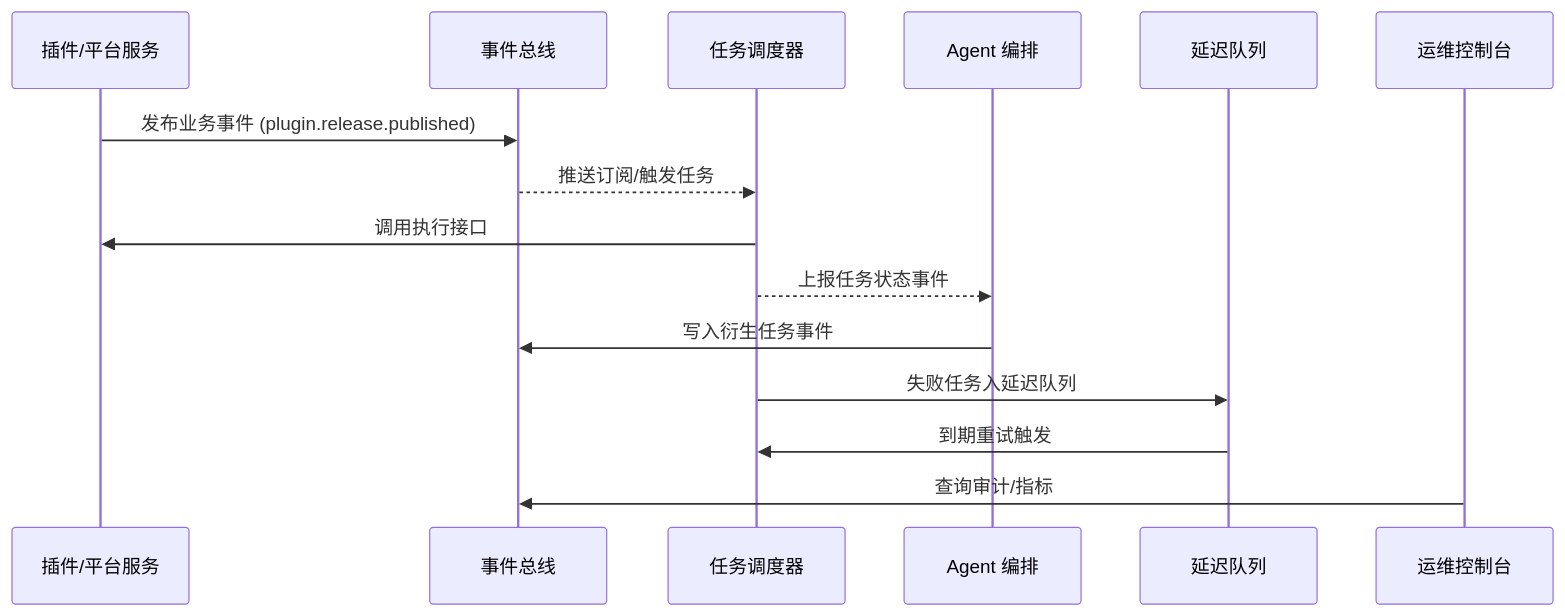
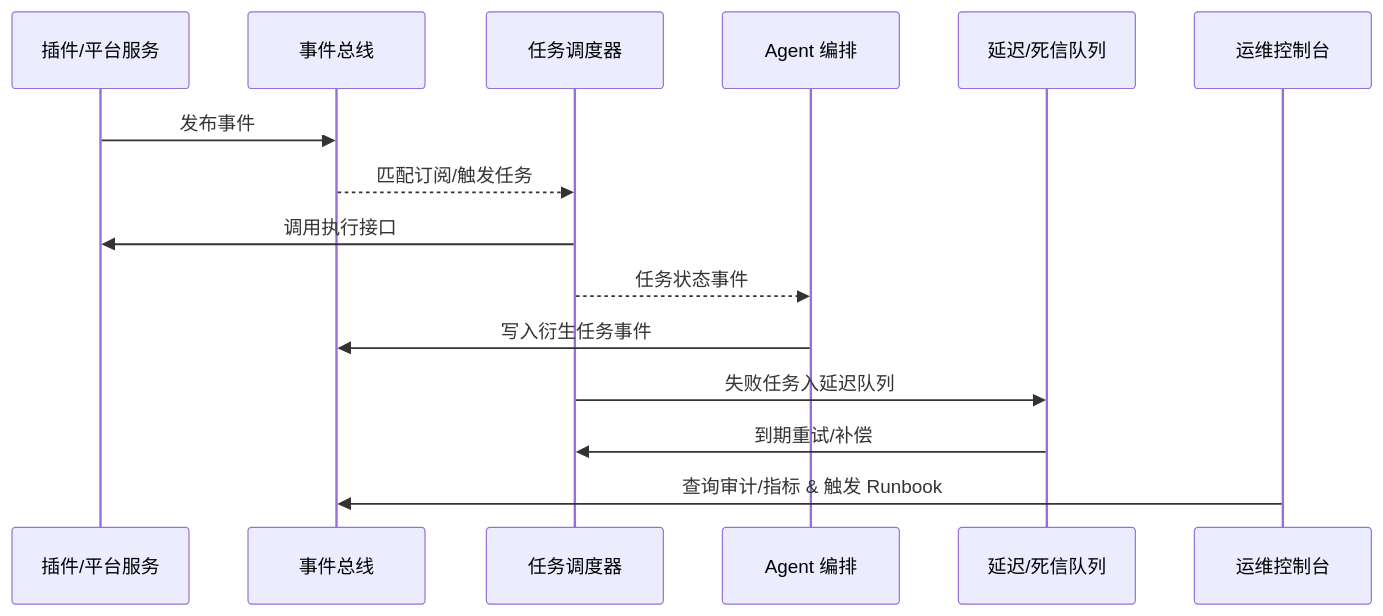
Before and after one commit to ArtisanCloud/PowerX: the diagram in docs/use_cases/_from_hub/SCN-OPS-EVENT-TASKFLOW-001/SCN-OPS-EVENT-TASKFLOW-001.md, drawn with Mermaid. The commit also changed other lines of this file and 1 other file, not shown here.

Commit message:
docs: sync usecase seeds for SCN-OPS-EVENT-TASKFLOW-001

````diff
--- a/docs/use_cases/_from_hub/SCN-OPS-EVENT-TASKFLOW-001/SCN-OPS-EVENT-TASKFLOW-001.md
+++ b/docs/use_cases/_from_hub/SCN-OPS-EVENT-TASKFLOW-001/SCN-OPS-EVENT-TASKFLOW-001.md
@@ -72,18 +71,18 @@
 ```mermaid
 sequenceDiagram
   participant Plugin as 插件/平台服务
   participant Bus as 事件总线
   participant Scheduler as 任务调度器
   participant Agent as Agent 编排
-  participant Retry as 延迟队列
+  participant Retry as 延迟/死信队列
   participant Ops as 运维控制台
 
-  Plugin->>Bus: 发布业务事件 (plugin.release.published)
-  Bus-->>Scheduler: 推送订阅/触发任务
+  Plugin->>Bus: 发布事件
+  Bus-->>Scheduler: 匹配订阅/触发任务
   Scheduler->>Plugin: 调用执行接口
-  Scheduler-->>Agent: 上报任务状态事件
+  Scheduler-->>Agent: 任务状态事件
   Agent->>Bus: 写入衍生任务事件
   Scheduler->>Retry: 失败任务入延迟队列
-  Retry->>Scheduler: 到期重试触发
-  Ops->>Bus: 查询审计/指标
+  Retry->>Scheduler: 到期重试/补偿
+  Ops->>Bus: 查询审计/指标 & 触发 Runbook
 ```
````
